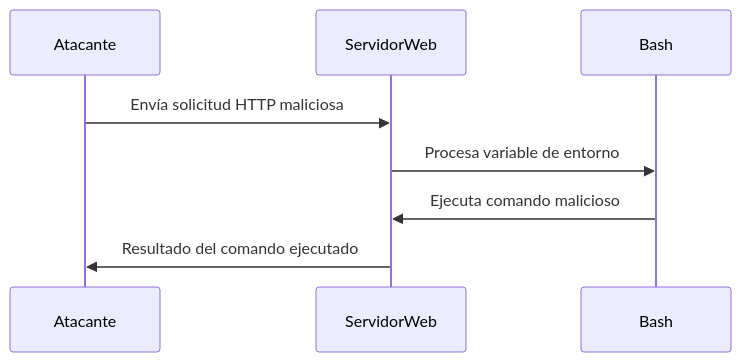
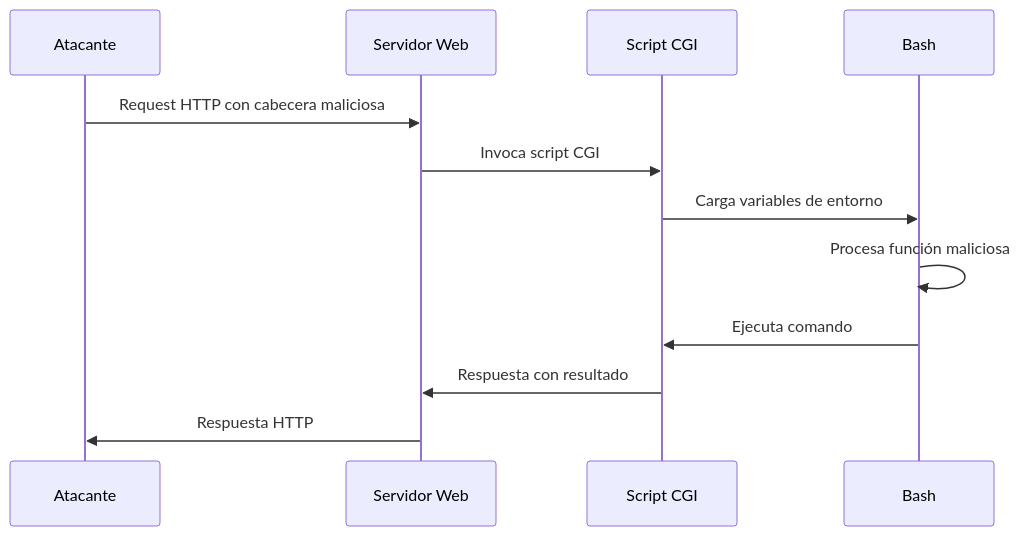
One commit to n1krov/red_vault changed the second of 4 diagrams in apuntes/OWASP/Ataque ShellShock.md. Above: the diagram before and after it, drawn with Mermaid. The commit also changed other lines of this file and 2 other files, not shown here.

````diff
--- a/apuntes/OWASP/Ataque ShellShock.md
+++ b/apuntes/OWASP/Ataque ShellShock.md
@@ -76,11 +89,15 @@
 ```mermaid
 sequenceDiagram
-    participant Atacante
-    participant ServidorWeb
-    participant Bash
-
-    Atacante->>ServidorWeb: Envía solicitud HTTP maliciosa
-    ServidorWeb->>Bash: Procesa variable de entorno
-    Bash->>ServidorWeb: Ejecuta comando malicioso
-    ServidorWeb->>Atacante: Resultado del comando ejecutado
+    participant A as Atacante
+    participant W as Servidor Web
+    participant C as Script CGI
+    participant B as Bash
+    
+    A->>W: Request HTTP con cabecera maliciosa
+    W->>C: Invoca script CGI
+    C->>B: Carga variables de entorno
+    B->>B: Procesa función maliciosa
+    B->>C: Ejecuta comando
+    C->>W: Respuesta con resultado
+    W->>A: Respuesta HTTP
 ```
````
